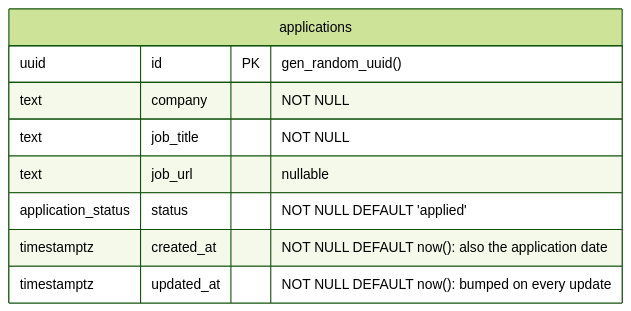
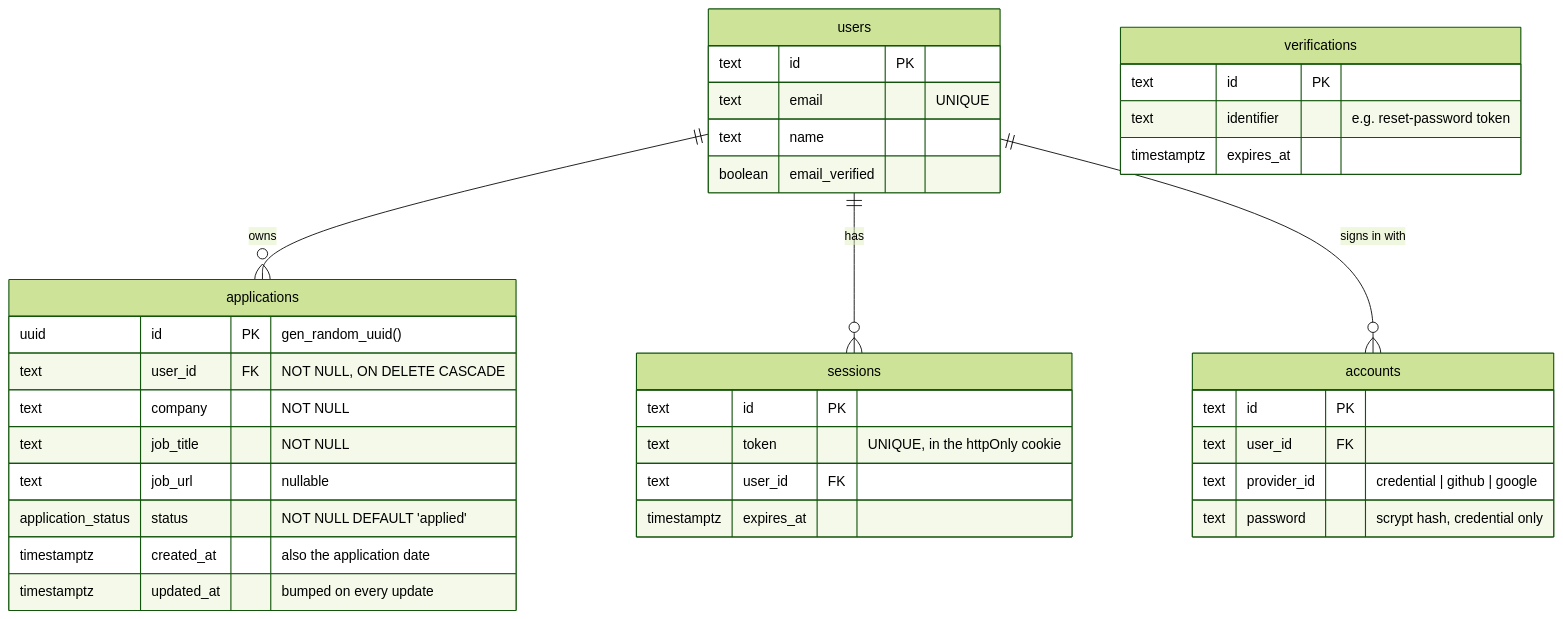
Before and after one commit to brianpatterson/interview-app: the second of 4 diagrams in docs/architecture.md, drawn with Mermaid (forest theme). The commit also changed other lines of this file and 7 other files, not shown here.

First line of the commit message:
docs: record auth decision and add roadmap

````diff
--- a/docs/architecture.md
+++ b/docs/architecture.md
@@ -65,12 +67,39 @@
 ```mermaid
 erDiagram
+  users ||--o{ applications : owns
+  users ||--o{ sessions : has
+  users ||--o{ accounts : "signs in with"
+  users {
+    text id PK
+    text email "UNIQUE"
+    text name
+    boolean email_verified
+  }
+  sessions {
+    text id PK
+    text token "UNIQUE, in the httpOnly cookie"
+    text user_id FK
+    timestamptz expires_at
+  }
+  accounts {
+    text id PK
+    text user_id FK
+    text provider_id "credential | github | google"
+    text password "scrypt hash, credential only"
+  }
+  verifications {
+    text id PK
+    text identifier "e.g. reset-password token"
+    timestamptz expires_at
+  }
   applications {
     uuid id PK "gen_random_uuid()"
+    text user_id FK "NOT NULL, ON DELETE CASCADE"
     text company "NOT NULL"
     text job_title "NOT NULL"
     text job_url "nullable"
     application_status status "NOT NULL DEFAULT 'applied'"
-    timestamptz created_at "NOT NULL DEFAULT now(): also the application date"
-    timestamptz updated_at "NOT NULL DEFAULT now(): bumped on every update"
+    timestamptz created_at "also the application date"
+    timestamptz updated_at "bumped on every update"
   }
 ```
````
